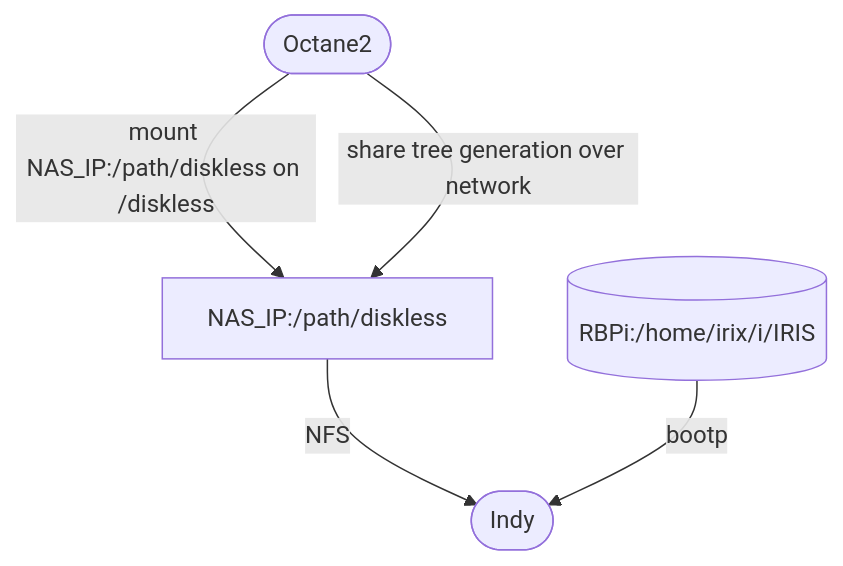
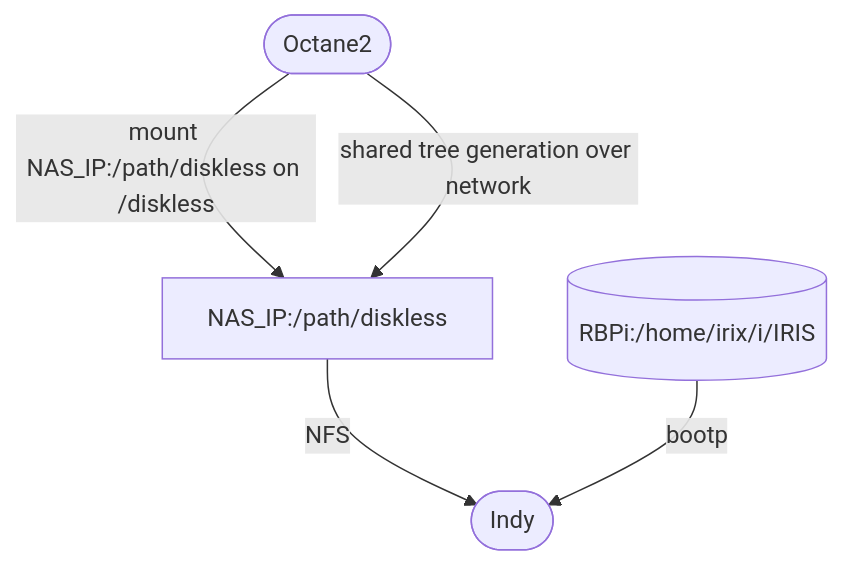
One commit to Linux-RISC/IRIX-diskless-workstation changed the third of 3 diagrams in README.md. Above: the diagram before and after it, drawn with Mermaid. The commit also changed other lines of this file, not shown here.

````diff
--- a/README.md
+++ b/README.md
@@ -78,7 +78,7 @@
 ```mermaid
 graph TD;
     Octane2([Octane2])--mount NAS_IP:/path/diskless on /diskless-->B[NAS_IP:/path/diskless];
-    Octane2([Octane2])--share tree generation over network-->B[NAS_IP:/path/diskless];
+    Octane2([Octane2])--shared tree generation over network-->B[NAS_IP:/path/diskless];
     B[NAS_IP:/path/diskless]--NFS-->Indy([Indy]);
     RBPi[(RBPi:/home/irix/i/IRIS)]--bootp-->Indy([Indy]);
 ```
````
